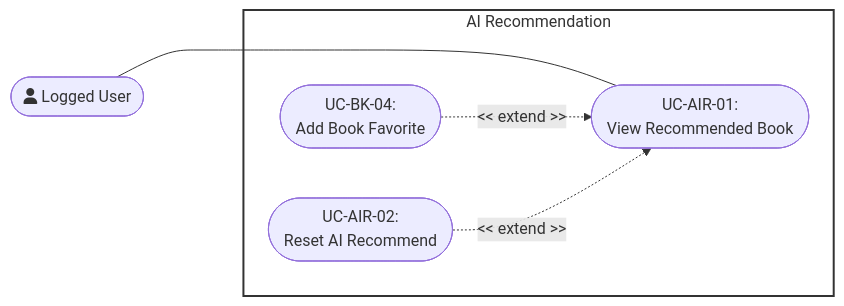
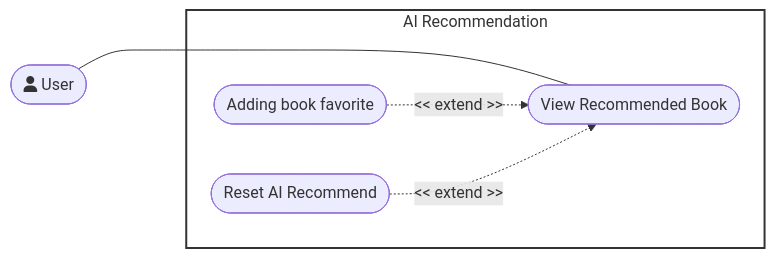
One commit to DuyNhat1705/AmeThyst-Library changed the seventh of 9 diagrams in docs/management/PA3/Use-CaseDiagram.md. Above: the diagram before and after it, drawn with Mermaid. The commit also changed other lines of this file and 5 other files, not shown here.

Commit message:
update usecase diagram for PA4

````diff
--- a/docs/management/PA3/Use-CaseDiagram.md
+++ b/docs/management/PA3/Use-CaseDiagram.md
@@ -309,14 +305,14 @@
 ```mermaid
 flowchart LR
  subgraph AIRecommendation["AI Recommendation"]
-        UC1(["<center>UC-BK-04:<br>Add Book Favorite</center>"])
-        UC2(["<center>UC-AIR-01:<br>View Recommended Book</center>"])
-        UC3(["<center>UC-AIR-02:<br>Reset AI Recommend</center>"])
+        UC1(["Adding book favorite"])
+        UC2(["View Recommended Book"])
+        UC3(["Reset AI Recommend"])
   end
-    ActorUser(["<center>fa:fa-user Logged User</center>"]) ~~~~ AIRecommendation 
+    ActorUser(["fa:fa-user User"]) ~~~~ AIRecommendation 
     ActorUser --- UC2
     UC1 -. "<< extend >>" .-> UC2
     UC3 -. "<< extend >>" .-> UC2
 
     style AIRecommendation fill:#fff,stroke:#333,stroke-width:2px
 ```
````
